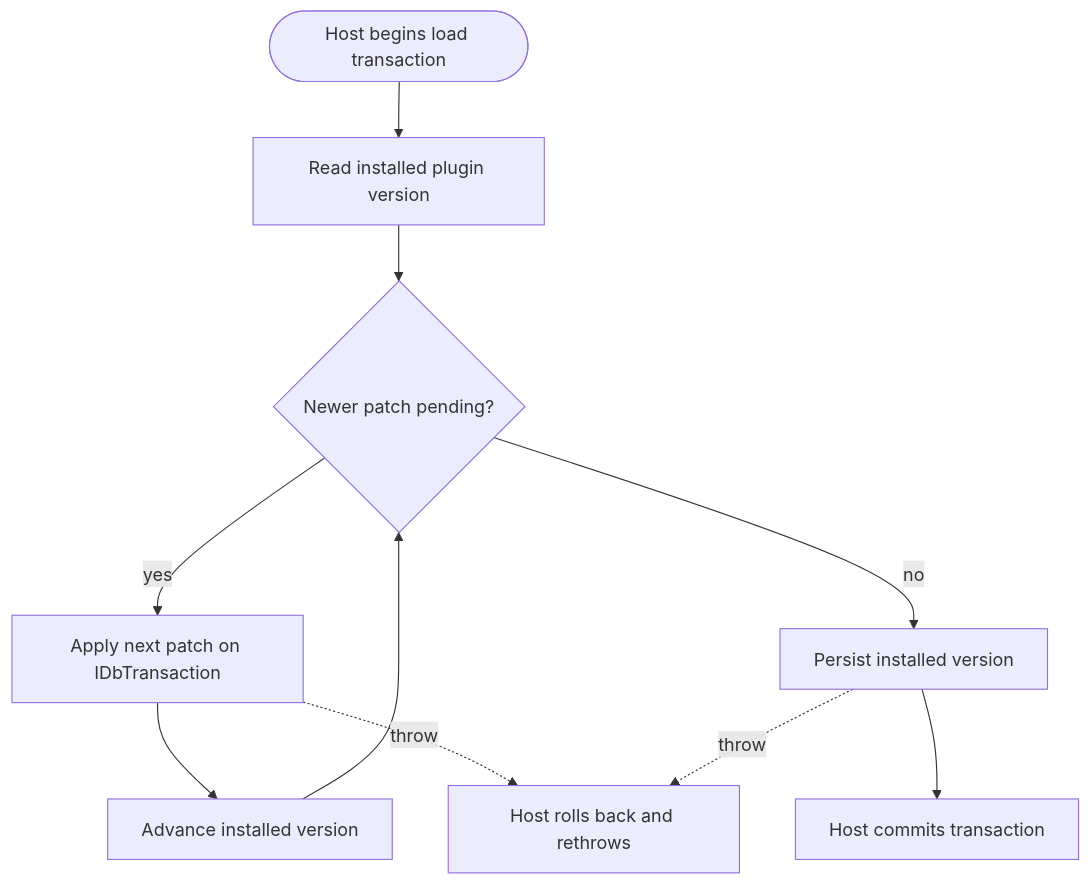
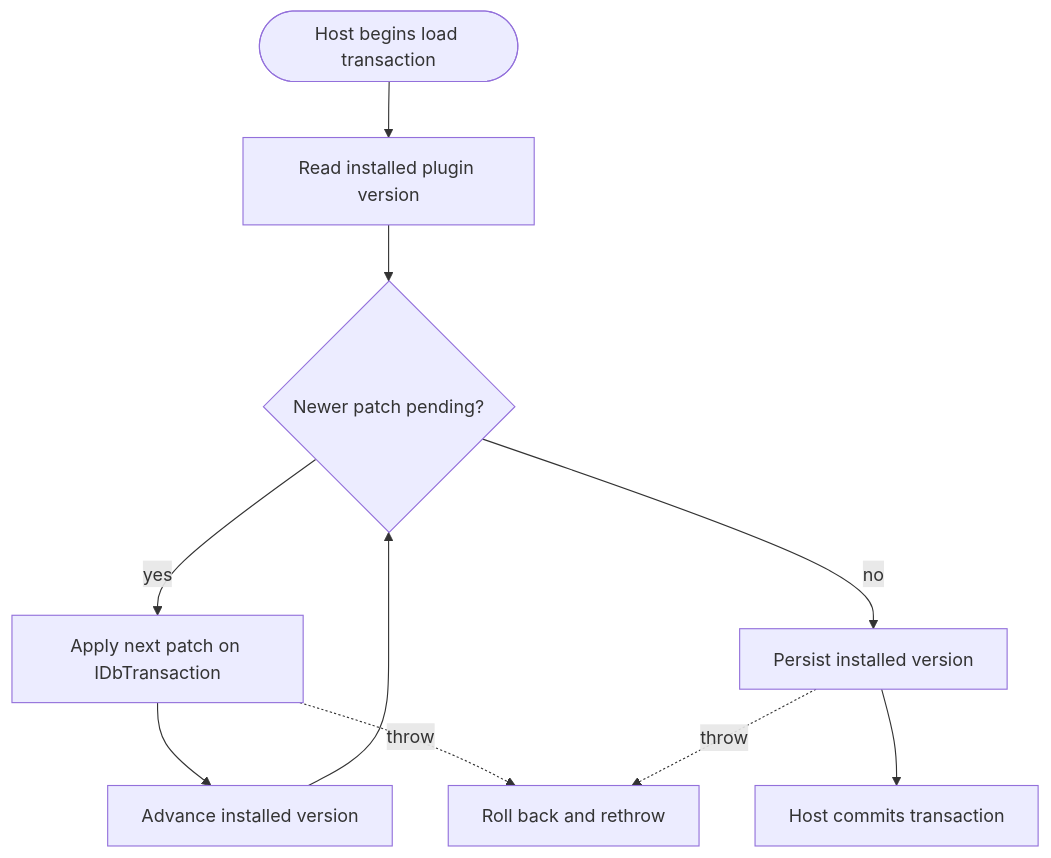
The diagram in docs/plugin-sdk/migrations-onmigrateasync.md (Blitzy-Sandbox/blitzy-WebVella-ERP), drawn with Mermaid before and after one commit. The commit also changed other lines of this file and 38 other files, not shown here.

````diff
--- a/docs/plugin-sdk/migrations-onmigrateasync.md
+++ b/docs/plugin-sdk/migrations-onmigrateasync.md
@@ -90,12 +180,12 @@
 ```mermaid
 flowchart TD
     A([Host begins load transaction]) --> B[Read installed plugin version]
     B --> C{Newer patch pending?}
     C -->|yes| E[Apply next patch on IDbTransaction]
     E --> F[Advance installed version]
     F --> C
     C -->|no| G[Persist installed version]
     G --> I[Host commits transaction]
-    E -.throw.-> J[Host rolls back and rethrows]
+    E -.throw.-> J[Roll back and rethrow]
     G -.throw.-> J
 ```
````
